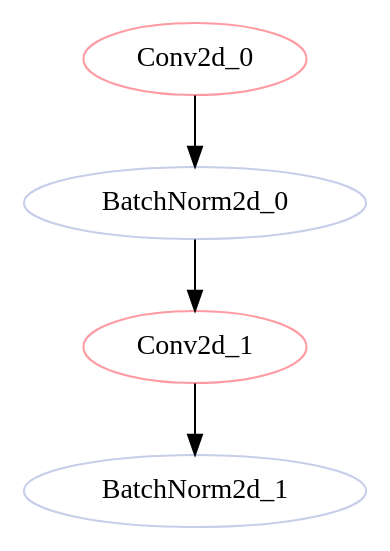
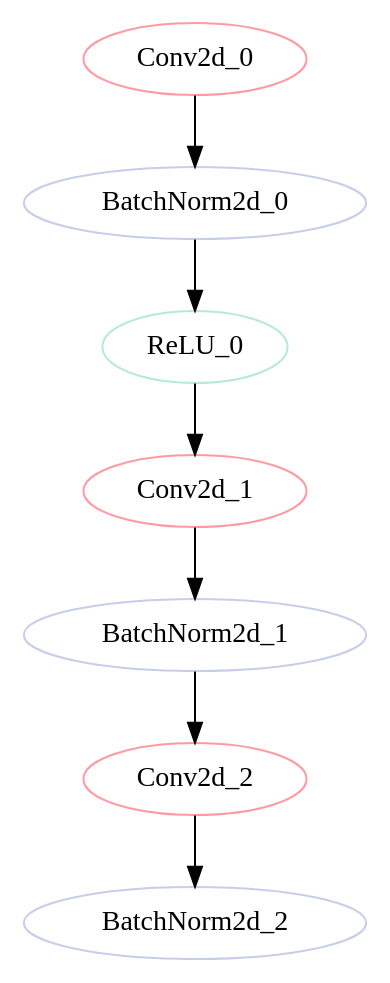
Before and after one commit to 11222-Meng/DNN_Bottlen_Layer_Analysis: the diagram in dags/resnet101_memory_layer1_0_downsample_0_op.dot, drawn with Graphviz. The commit also changed 135 other files, not shown here.

```diff
--- a/dags/resnet101_memory_layer1_0_downsample_0_op.dot
+++ b/dags/resnet101_memory_layer1_0_downsample_0_op.dot
@@ -1,21 +1,36 @@
 strict digraph "" {
 	Conv2d_0	[color="#FF9AA2",
+		layer_name="layer1.0.conv3",
+		params=16384,
+		type=Conv2d];
+	BatchNorm2d_0	[color="#C7CEEA",
+		layer_name="layer1.0.bn3",
+		params=512,
+		type=BatchNorm2d];
+	Conv2d_0 -> BatchNorm2d_0;
+	ReLU_0	[color="#B5EAD7",
+		layer_name="layer1.0.relu",
+		params=0,
+		type=ReLU];
+	BatchNorm2d_0 -> ReLU_0;
+	Conv2d_1	[color="#FF9AA2",
 		layer_name="layer1.0.downsample.0",
 		params=16384,
 		type=Conv2d];
-	BatchNorm2d_0	[color="#C7CEEA",
+	ReLU_0 -> Conv2d_1;
+	BatchNorm2d_1	[color="#C7CEEA",
 		layer_name="layer1.0.downsample.1",
 		params=512,
 		type=BatchNorm2d];
-	Conv2d_0 -> BatchNorm2d_0;
-	Conv2d_1	[color="#FF9AA2",
+	Conv2d_1 -> BatchNorm2d_1;
+	Conv2d_2	[color="#FF9AA2",
 		layer_name="layer1.1.conv1",
 		params=16384,
 		type=Conv2d];
-	BatchNorm2d_0 -> Conv2d_1;
-	BatchNorm2d_1	[color="#C7CEEA",
+	BatchNorm2d_1 -> Conv2d_2;
+	BatchNorm2d_2	[color="#C7CEEA",
 		layer_name="layer1.1.bn1",
 		params=128,
 		type=BatchNorm2d];
-	Conv2d_1 -> BatchNorm2d_1;
+	Conv2d_2 -> BatchNorm2d_2;
 }
```
